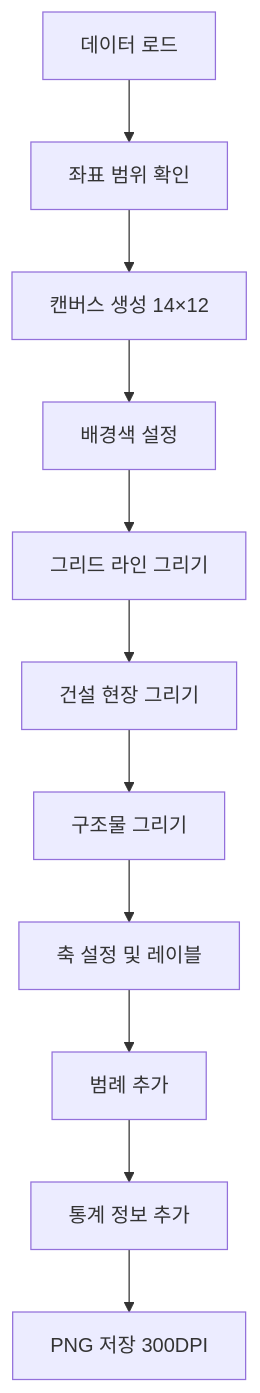
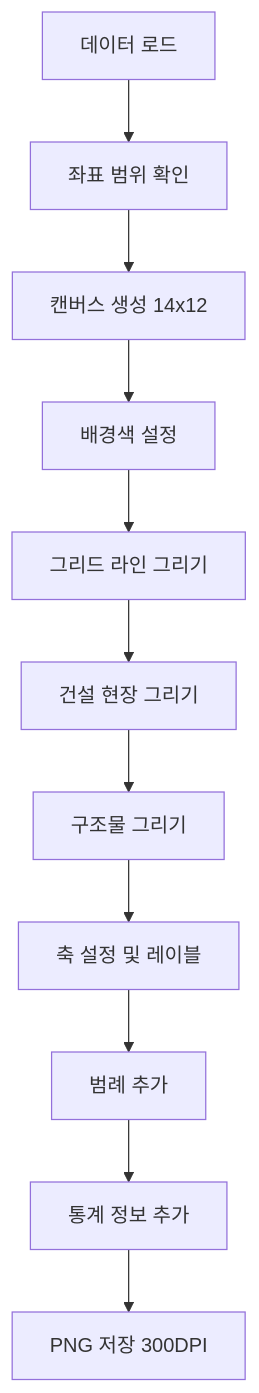
Before and after one commit to SteelCrab/ia-codyssey: the first of 4 diagrams in 2단계_지도시각화.md, drawn with Mermaid. The commit also changed other lines of this file, not shown here.

````diff
--- a/2단계_지도시각화.md
+++ b/2단계_지도시각화.md
@@ -112,13 +112,13 @@
 ```mermaid
 flowchart TD
     A[데이터 로드] --> B[좌표 범위 확인]
-    B --> C[캔버스 생성 14×12]
+    B --> C[캔버스 생성 14x12]
     C --> D[배경색 설정]
     D --> E[그리드 라인 그리기]
     E --> F[건설 현장 그리기]
     F --> G[구조물 그리기]
     G --> H[축 설정 및 레이블]
     H --> I[범례 추가]
     I --> J[통계 정보 추가]
     J --> K[PNG 저장 300DPI]
 ```
````
